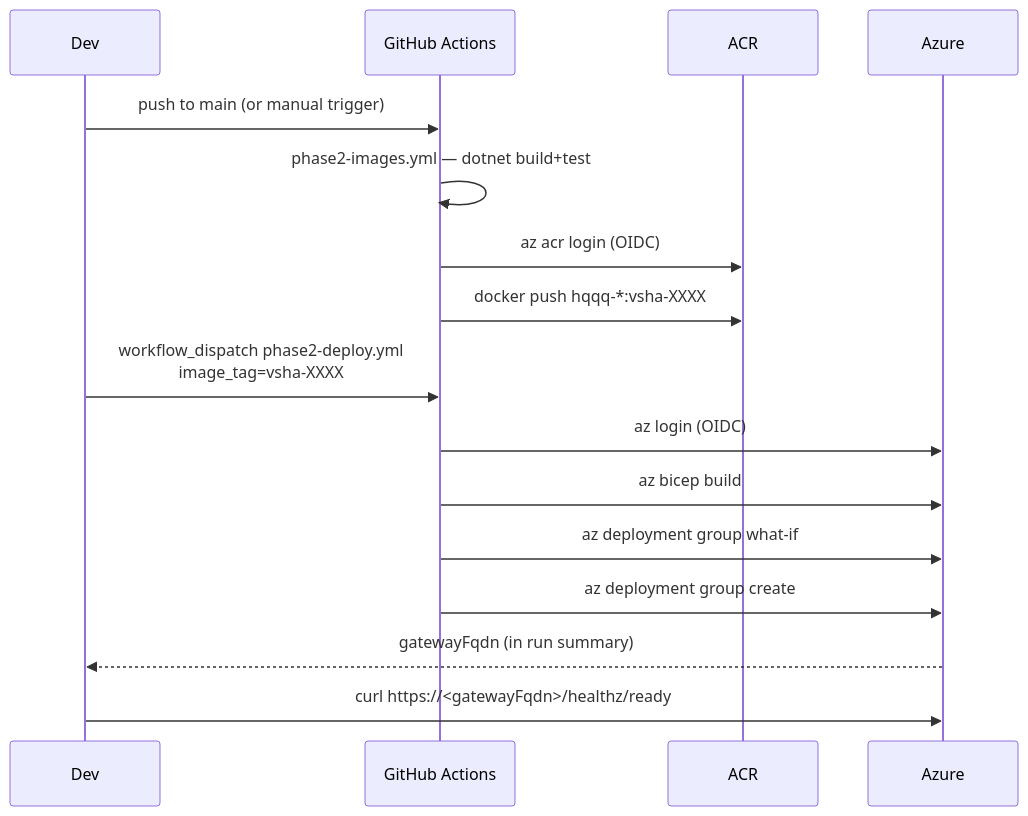
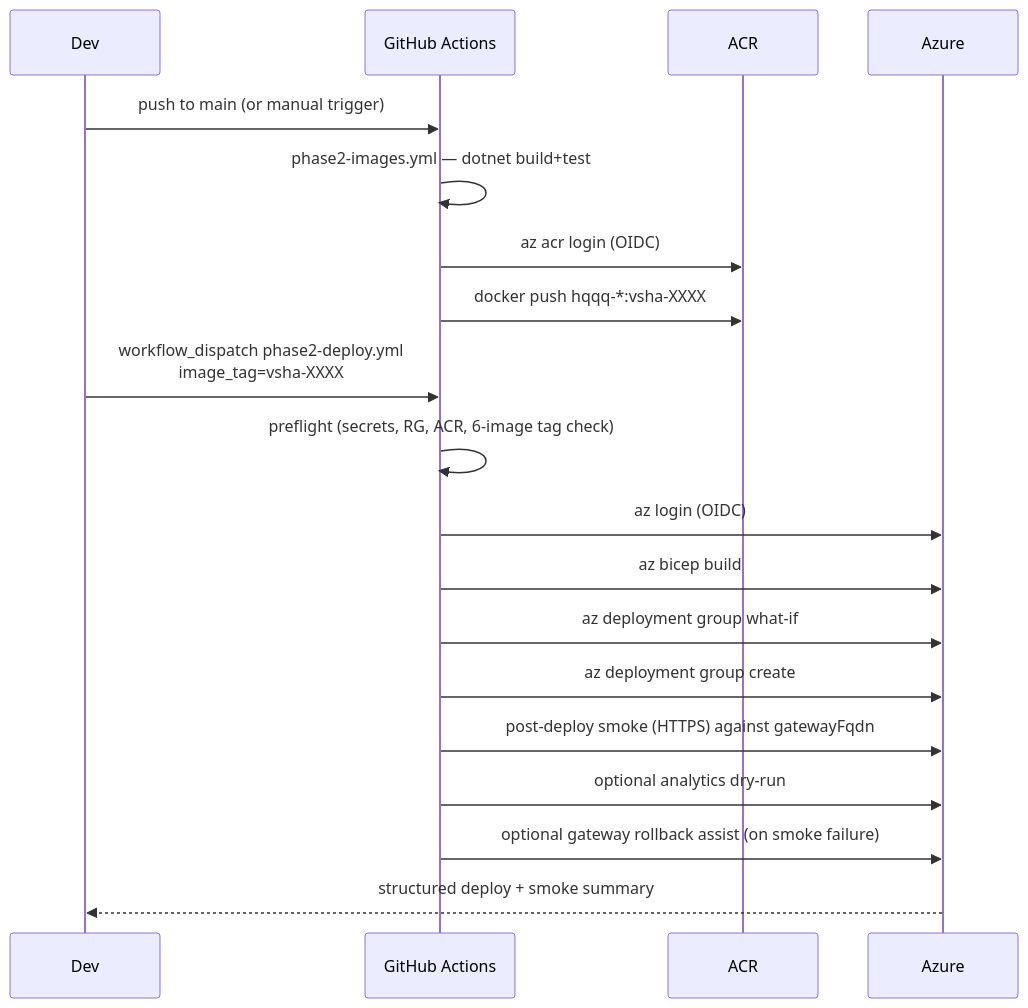
The diagram in docs/phase2/azure-deploy.md (haozhe0302/nasdaq-etf-engine), drawn with Mermaid before and after one commit. The commit also changed other lines of this file and 8 other files, not shown here.

First line of the commit message:
[CICD] Enforce preflight, smoke and rollback in Phase2 deploy

````diff
--- a/docs/phase2/azure-deploy.md
+++ b/docs/phase2/azure-deploy.md
@@ -35,18 +35,21 @@
 ```mermaid
 sequenceDiagram
     participant Dev
     participant GH as GitHub Actions
     participant ACR
     participant Azure
     Dev->>GH: push to main (or manual trigger)
     GH->>GH: phase2-images.yml — dotnet build+test
     GH->>ACR: az acr login (OIDC)
     GH->>ACR: docker push hqqq-*:vsha-XXXX
     Dev->>GH: workflow_dispatch phase2-deploy.yml<br/>image_tag=vsha-XXXX
+    GH->>GH: preflight (secrets, RG, ACR, 6-image tag check)
     GH->>Azure: az login (OIDC)
     GH->>Azure: az bicep build
     GH->>Azure: az deployment group what-if
     GH->>Azure: az deployment group create
-    Azure-->>Dev: gatewayFqdn (in run summary)
-    Dev->>Azure: curl https://<gatewayFqdn>/healthz/ready
+    GH->>Azure: post-deploy smoke (HTTPS) against gatewayFqdn
+    GH->>Azure: optional analytics dry-run
+    GH->>Azure: optional gateway rollback assist (on smoke failure)
+    Azure-->>Dev: structured deploy + smoke summary
 ```
````
